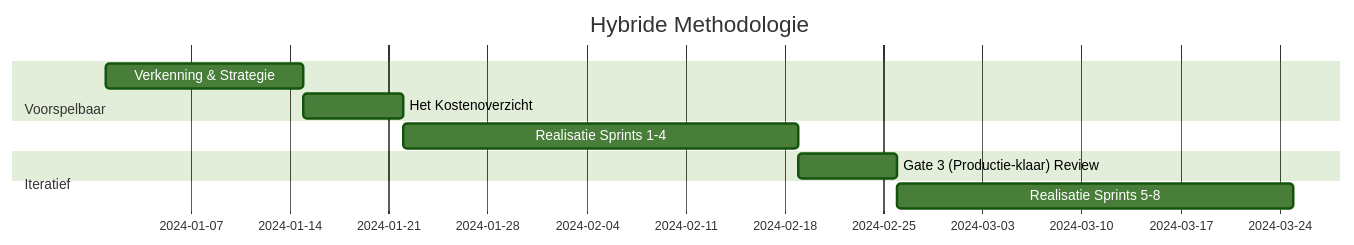
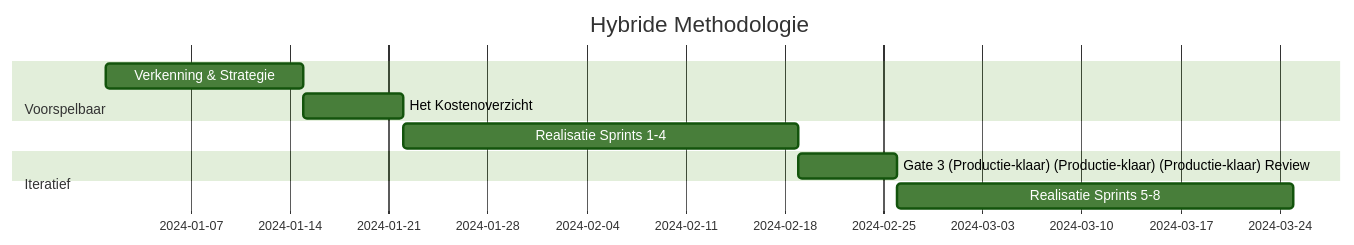
One commit to vannifr/ai-project-blueprint changed the diagram in docs/00-strategisch-kader/02-hybride-methodologie.md. Above: the diagram before and after it, drawn with Mermaid (forest theme). The commit also changed 42 other files, not shown here.

````diff
--- a/docs/00-strategisch-kader/02-hybride-methodologie.md
+++ b/docs/00-strategisch-kader/02-hybride-methodologie.md
@@ -36,14 +36,14 @@
 ```mermaid
 gantt
     title Hybride Methodologie
     dateFormat  YYYY-MM-DD
     section Voorspelbaar
     Verkenning & Strategie     :p1, 2024-01-01, 2w
     Het Kostenoverzicht          :p2, after p1, 1w
     section Iteratief
     Realisatie Sprints 1-4     :s1, after p2, 4w
     section Voorspelbaar
-    Gate 3 (Productie-klaar) Review              :m1, after s1, 1w
+    Gate 3 (Productie-klaar) (Productie-klaar) (Productie-klaar) Review              :m1, after s1, 1w
     section Iteratief
     Realisatie Sprints 5-8     :s2, after m1, 4w
 ```
````
